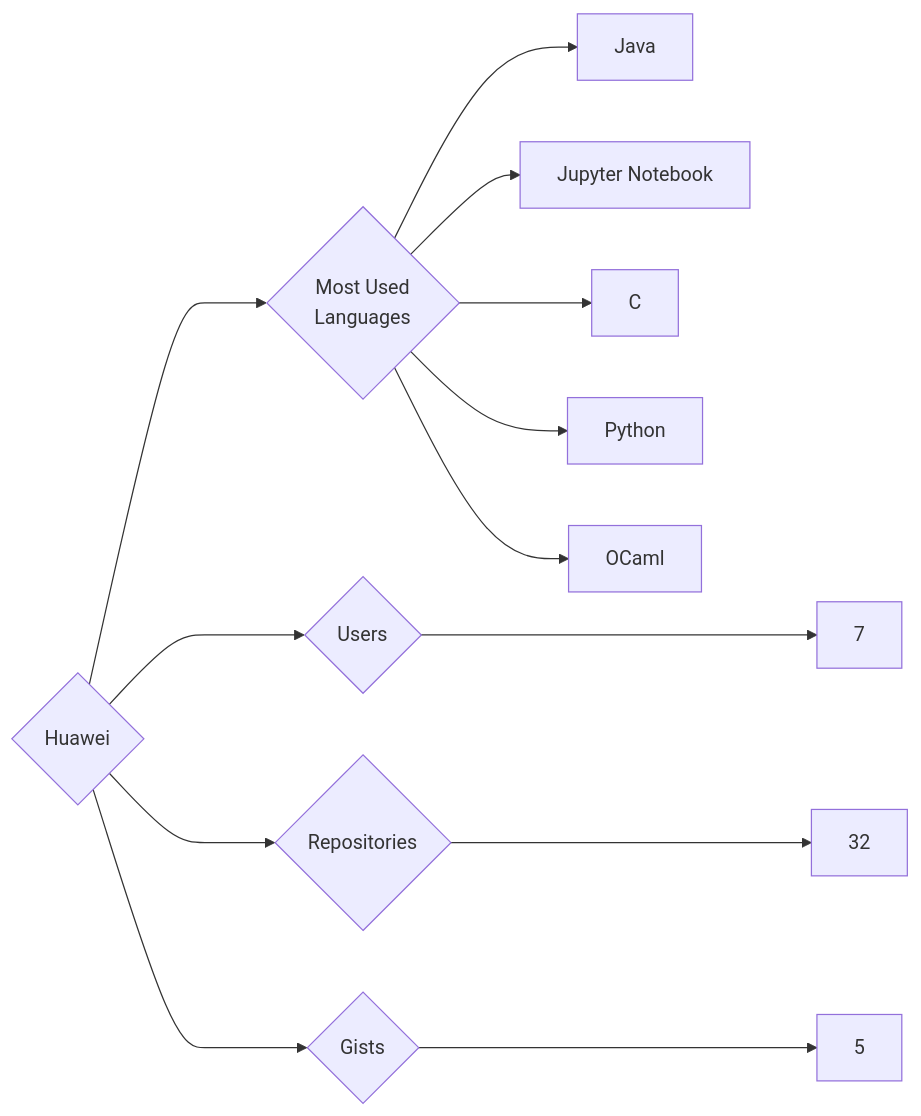
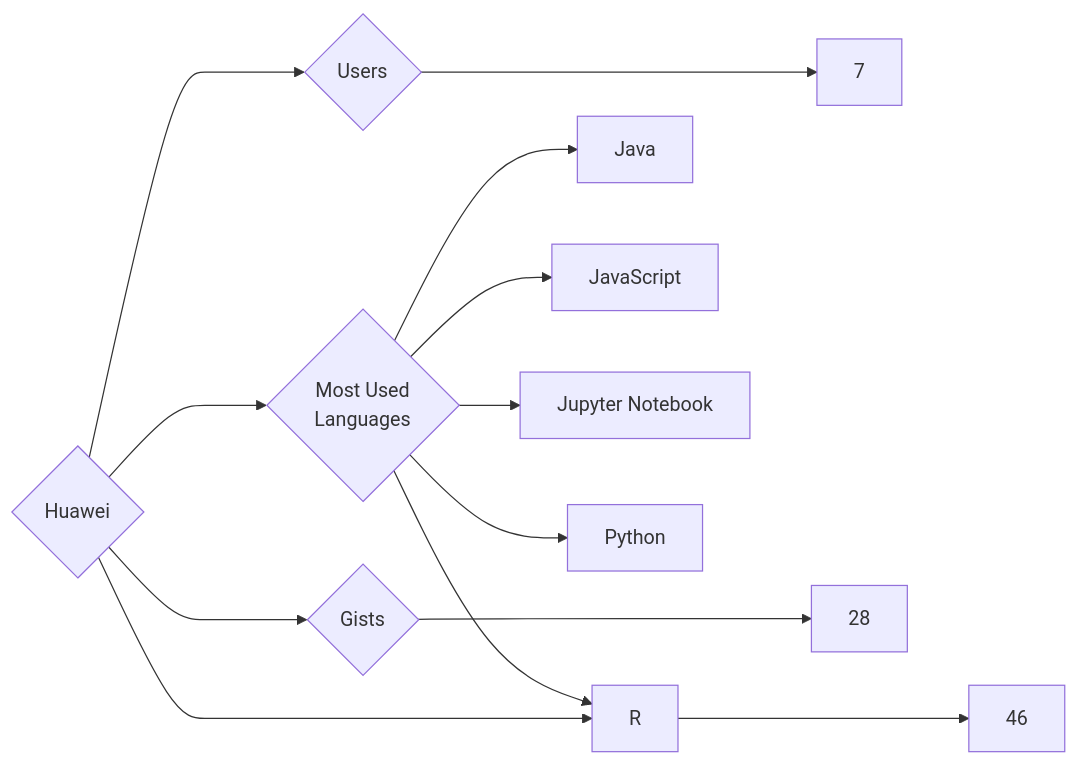
The diagram in targets/Huawei/README.md (trickest/insiders), drawn with Mermaid before and after one commit. The commit also changed 1175 other files, not shown here.

````diff
--- a/targets/Huawei/README.md
+++ b/targets/Huawei/README.md
@@ -3,13 +3,13 @@
 ```mermaid
 graph LR
 COMPANY_NAME{Huawei}
 COMPANY_NAME ---> U{Users} ---> UN[7]
-COMPANY_NAME ---> R{Repositories} ---> RN[32]
-COMPANY_NAME ---> G{Gists} ---> GN[5]
+COMPANY_NAME ---> R{Repositories} ---> RN[46]
+COMPANY_NAME ---> G{Gists} ---> GN[28]
 COMPANY_NAME ---> ML{Most Used<br>Languages}
 ML --> Java[Java]
+ML --> JavaScript[JavaScript]
 ML --> Jupyter_Notebook[Jupyter Notebook]
-ML --> C[C]
 ML --> Python[Python]
-ML --> OCaml[OCaml]
+ML --> R[R]
 ```
````
